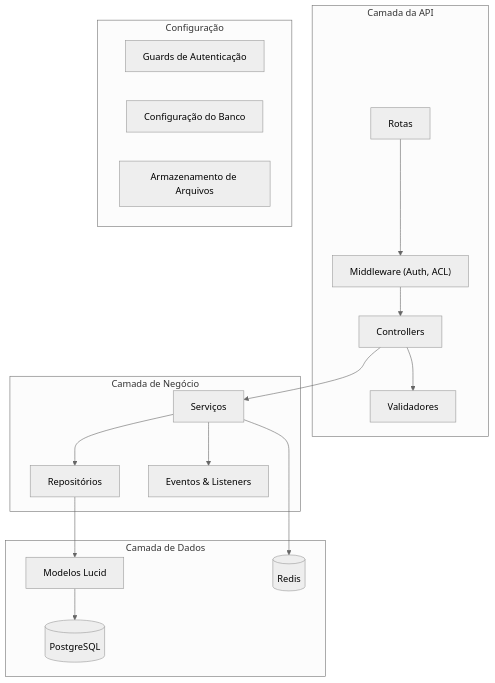
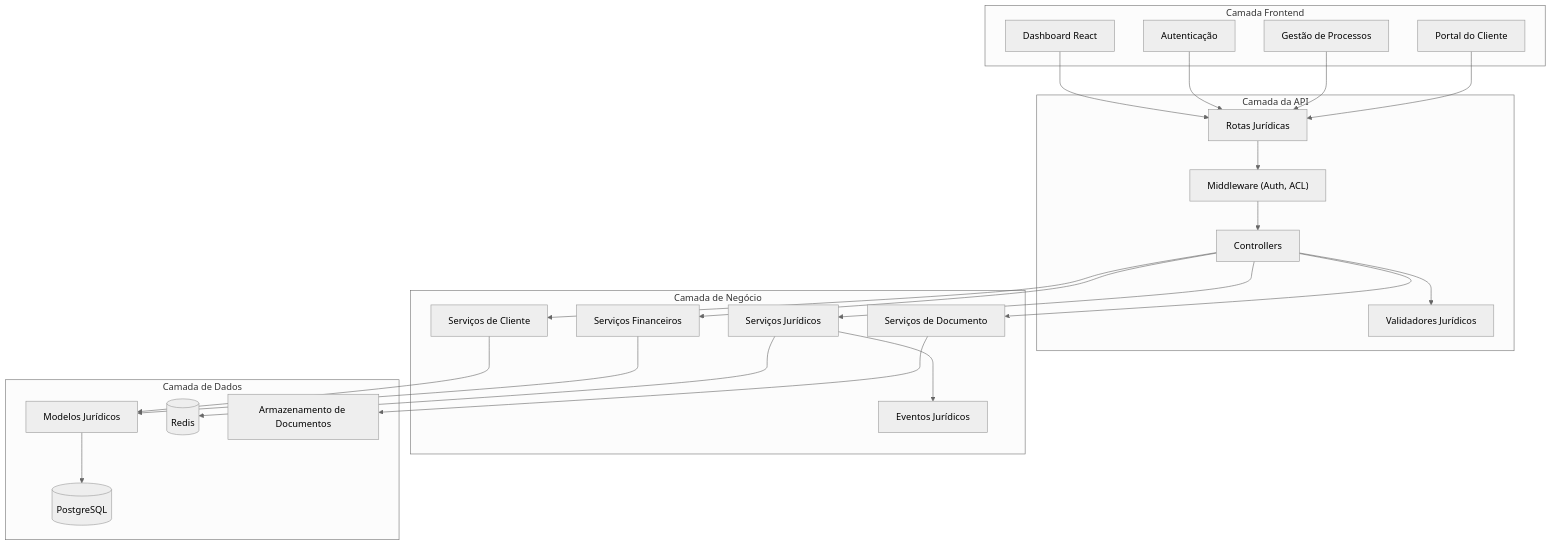
One commit to gabrielmaialva33/benicio-api changed the diagram in README-pt.md. Above: the diagram before and after it, drawn with Mermaid (neutral theme). The commit also changed other lines of this file and 3 other files, not shown here.

Commit message:
chore: rename project to "Benício API" with updated descriptions, branding, and workflows tailored for legal practice management.

````diff
--- a/README-pt.md
+++ b/README-pt.md
@@ -36,37 +36,50 @@
 ```mermaid
 graph TD
+    subgraph "Camada Frontend"
+        UI_REACT[Dashboard React]
+        UI_AUTH[Autenticação]
+        UI_CASES[Gestão de Processos]
+        UI_CLIENTS[Portal do Cliente]
+    end
+
     subgraph "Camada da API"
-        API_ROUTES[Rotas]
+        API_ROUTES[Rotas Jurídicas]
         API_MW["Middleware (Auth, ACL)"]
         API_CTRL[Controllers]
-        API_VALIDATORS[Validadores]
+        API_VALIDATORS[Validadores Jurídicos]
     end
 
     subgraph "Camada de Negócio"
-        BL_SERVICES[Serviços]
-        BL_REPOS[Repositórios]
-        BL_EVENTS[Eventos & Listeners]
+        BL_LEGAL[Serviços Jurídicos]
+        BL_CLIENT[Serviços de Cliente]
+        BL_DOCUMENT[Serviços de Documento]
+        BL_FINANCIAL[Serviços Financeiros]
+        BL_EVENTS[Eventos Jurídicos]
     end
 
     subgraph "Camada de Dados"
-        DL_MODELS[Modelos Lucid]
+        DL_MODELS[Modelos Jurídicos]
         DL_DB[(PostgreSQL)]
         DL_CACHE[(Redis)]
+        DL_FILES[Armazenamento de Documentos]
     end
 
-    subgraph "Configuração"
-        CONF_AUTH[Guards de Autenticação]
-        CONF_DB[Configuração do Banco]
-        CONF_STORAGE[Armazenamento de Arquivos]
-    end
+    UI_REACT --> API_ROUTES
+    UI_AUTH --> API_ROUTES
+    UI_CASES --> API_ROUTES
+    UI_CLIENTS --> API_ROUTES
 
     API_ROUTES --> API_MW
     API_MW --> API_CTRL
     API_CTRL --> API_VALIDATORS
-    API_CTRL --> BL_SERVICES
-    BL_SERVICES --> BL_REPOS
-    BL_SERVICES --> BL_EVENTS
-    BL_REPOS --> DL_MODELS
+    API_CTRL --> BL_LEGAL
+    API_CTRL --> BL_CLIENT
+    API_CTRL --> BL_DOCUMENT
+    API_CTRL --> BL_FINANCIAL
+    BL_LEGAL --> BL_EVENTS
+    BL_CLIENT --> DL_MODELS
+    BL_DOCUMENT --> DL_FILES
+    BL_FINANCIAL --> DL_MODELS
     DL_MODELS --> DL_DB
-    BL_SERVICES --> DL_CACHE
+    BL_LEGAL --> DL_CACHE
 ```
````
